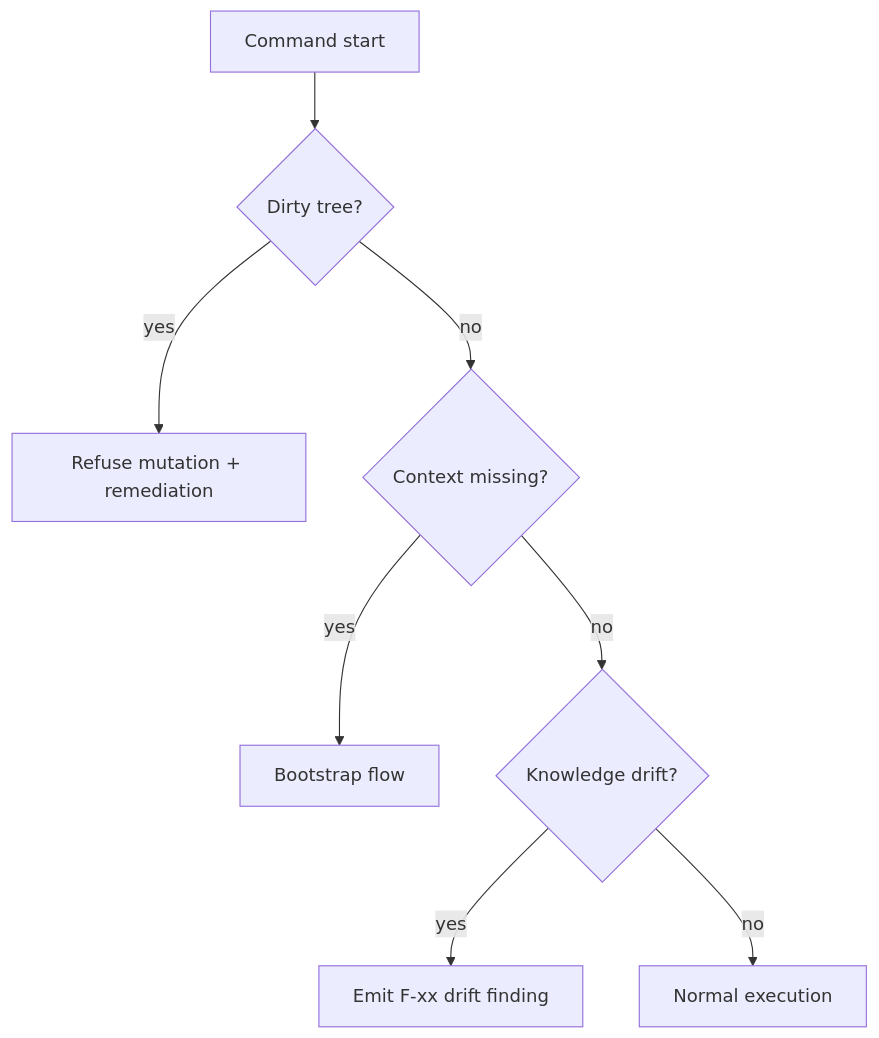
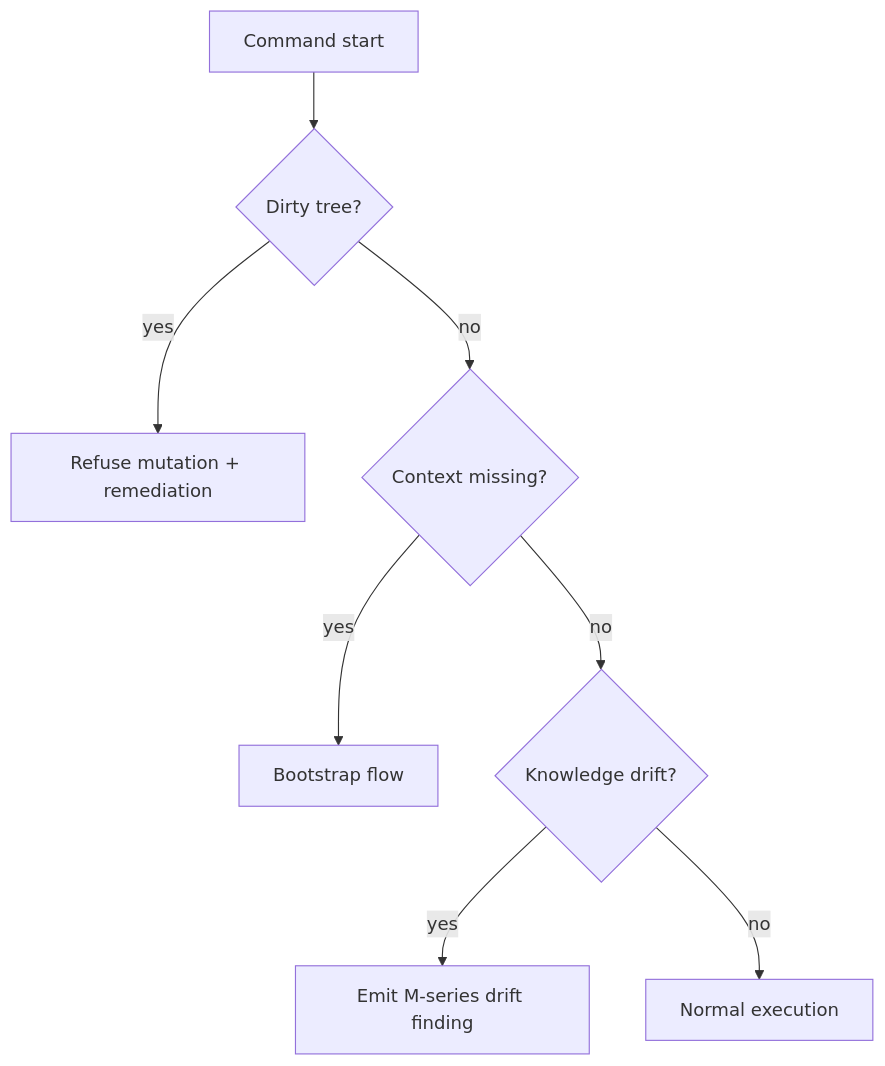
One commit to palaeologic/opencode-conductor changed the diagram in docusaurus/architecture/10-failure-modes.md. Above: the diagram before and after it, drawn with Mermaid. The commit also changed 373 other files, not shown here.

````diff
--- a/docusaurus/architecture/10-failure-modes.md
+++ b/docusaurus/architecture/10-failure-modes.md
@@ -13,10 +13,10 @@
 ```mermaid
 flowchart TD
   A[Command start] --> B{Dirty tree?}
   B -->|yes| R1[Refuse mutation + remediation]
   B -->|no| C{Context missing?}
   C -->|yes| R2[Bootstrap flow]
   C -->|no| D{Knowledge drift?}
-  D -->|yes| R3[Emit F-xx drift finding]
+  D -->|yes| R3[Emit M-series drift finding]
   D -->|no| E[Normal execution]
 ```
````
